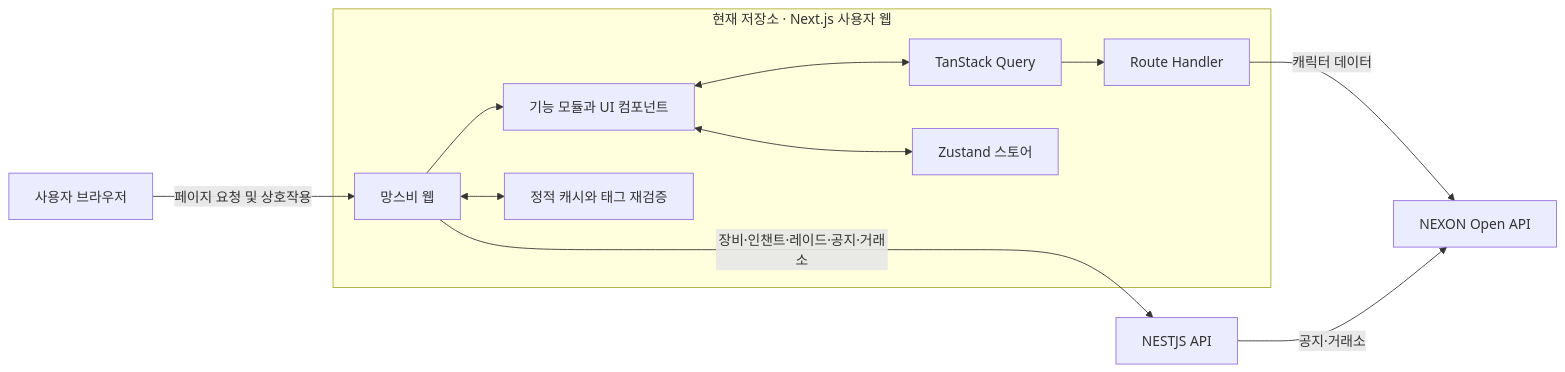
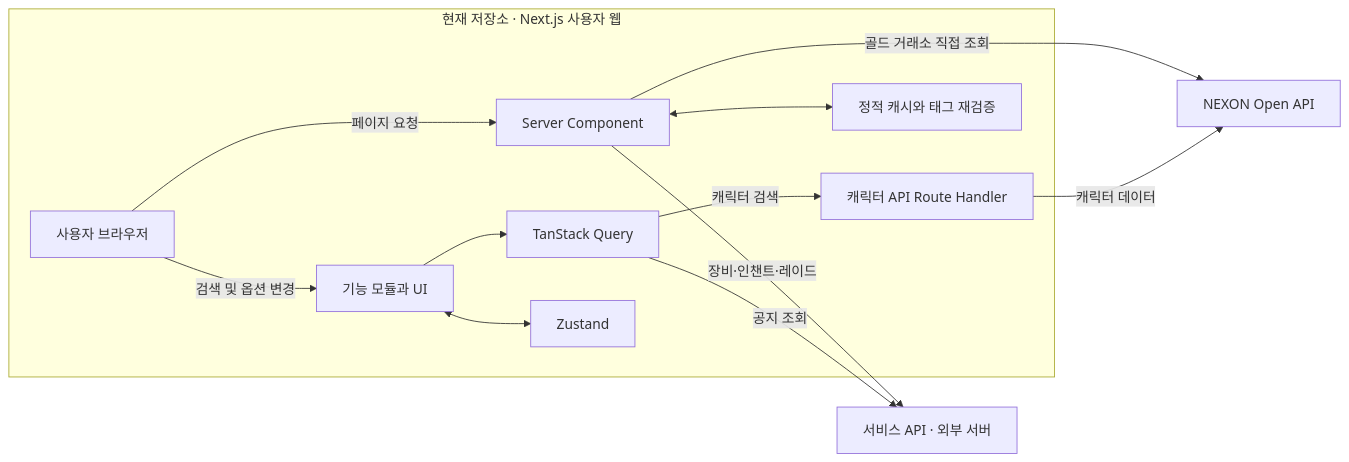
One commit to Winter100/Heroes changed the diagram in README.md. Above: the diagram before and after it, drawn with Mermaid. The commit also changed other lines of this file and 1 other file, not shown here.

````diff
--- a/README.md
+++ b/README.md
@@ -70,27 +312,24 @@
 ```mermaid
 flowchart LR
     U[사용자 브라우저]
-
     subgraph WEB[현재 저장소 · Next.js 사용자 웹]
-        P[망스비 웹]
-        F[기능 모듈과 UI 컴포넌트]
+        P[Server Component]
+        F[기능 모듈과 UI]
         Q[TanStack Query]
-        Z[Zustand 스토어]
-        R[Route Handler]
+        Z[Zustand]
+        R[캐릭터 API Route Handler]
         C[정적 캐시와 태그 재검증]
-
-        P --> F
-        F <--> Q
+        U -->|페이지 요청| P
+        U -->|검색 및 옵션 변경| F
+        F --> Q
         F <--> Z
-        Q --> R
+        Q -->|캐릭터 검색| R
         P <--> C
     end
-
-    S[NESTJS API]
+    S[서비스 API · 외부 서버]
     O[NEXON Open API]
-
-    U -->|페이지 요청 및 상호작용| P
-    P -->|장비·인챈트·레이드·공지·거래소| S
+    P -->|장비·인챈트·레이드| S
+    Q -->|공지 조회| S
+    P -->|골드 거래소 직접 조회| O
     R -->|캐릭터 데이터| O
-    S -->|공지·거래소| O
 ```
````
